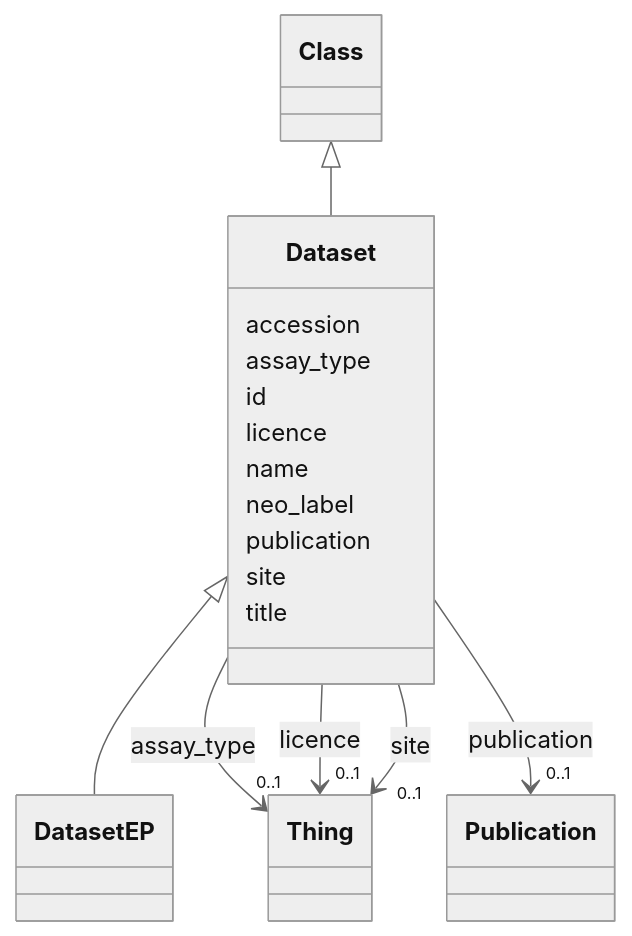
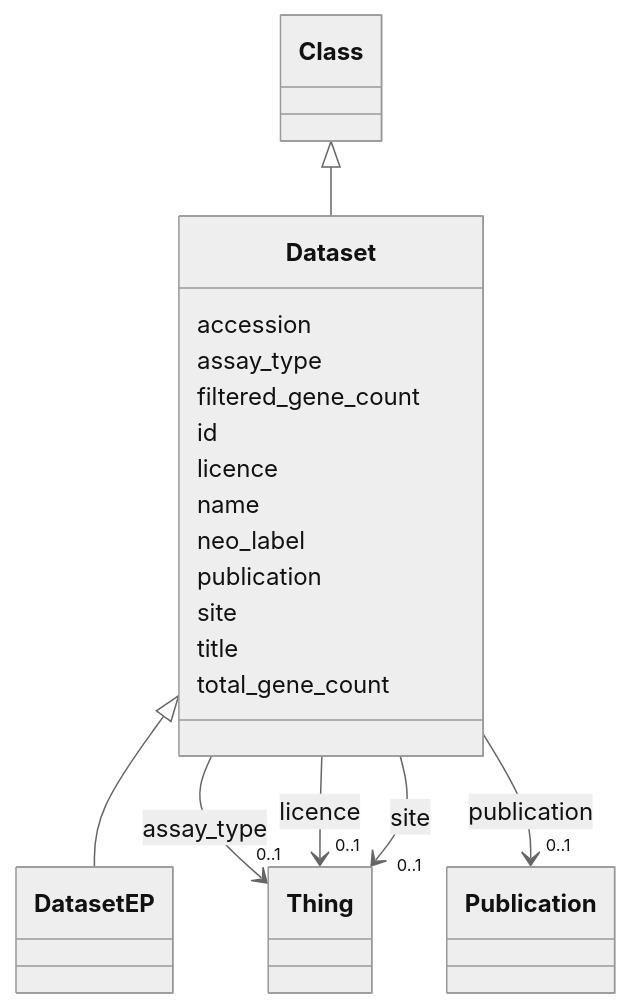
The diagram in docs/Dataset.md (VirtualFlyBrain/vfb-EPseq-ontology), drawn with Mermaid (neutral theme) before and after one commit. The commit also changed other lines of this file and 60 other files, not shown here.

````diff
--- a/docs/Dataset.md
+++ b/docs/Dataset.md
@@ -14,60 +14,64 @@
 ```mermaid
  classDiagram
     class Dataset
     click Dataset href "../Dataset"
       Class <|-- Dataset
         click Class href "../Class"
       
 
       Dataset <|-- DatasetEP
         click DatasetEP href "../DatasetEP"
       
       
       Dataset : accession
         
       Dataset : assay_type
         
           
     
     
     Dataset --> "0..1" Thing : assay_type
     click Thing href "../Thing"
 
+        
+      Dataset : filtered_gene_count
         
       Dataset : id
         
       Dataset : licence
         
           
     
     
     Dataset --> "0..1" Thing : licence
     click Thing href "../Thing"
 
         
       Dataset : name
         
       Dataset : neo_label
         
       Dataset : publication
         
           
     
     
     Dataset --> "0..1" Publication : publication
     click Publication href "../Publication"
 
         
       Dataset : site
         
           
     
     
     Dataset --> "0..1" Thing : site
     click Thing href "../Thing"
 
         
       Dataset : title
         
+      Dataset : total_gene_count
+        
       
 ```
````
